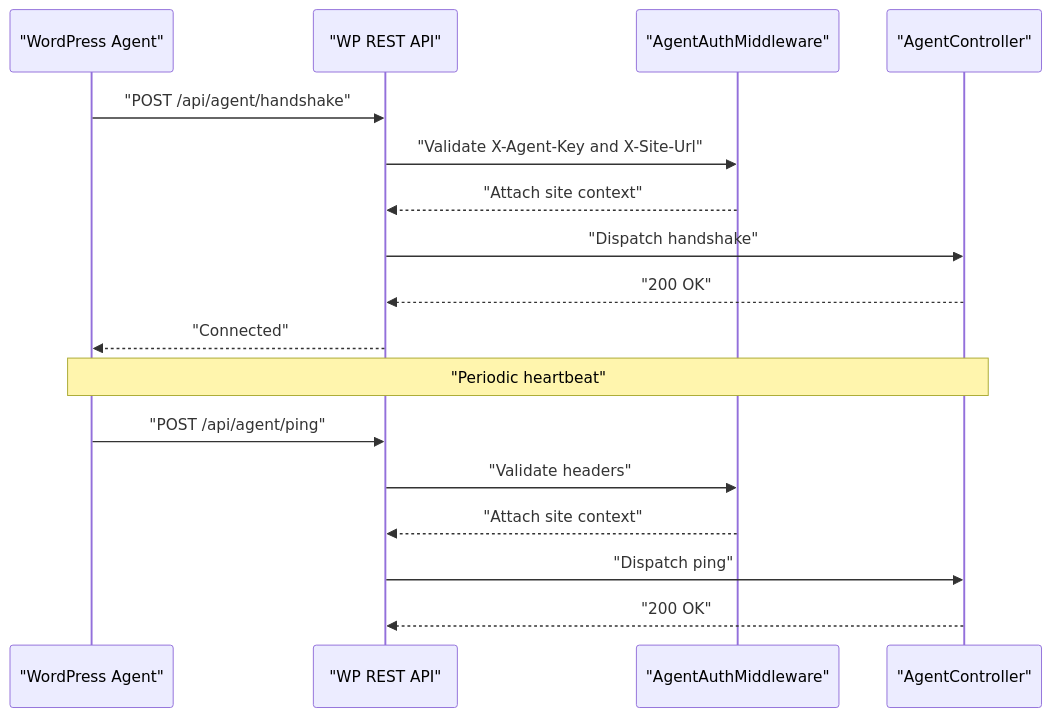
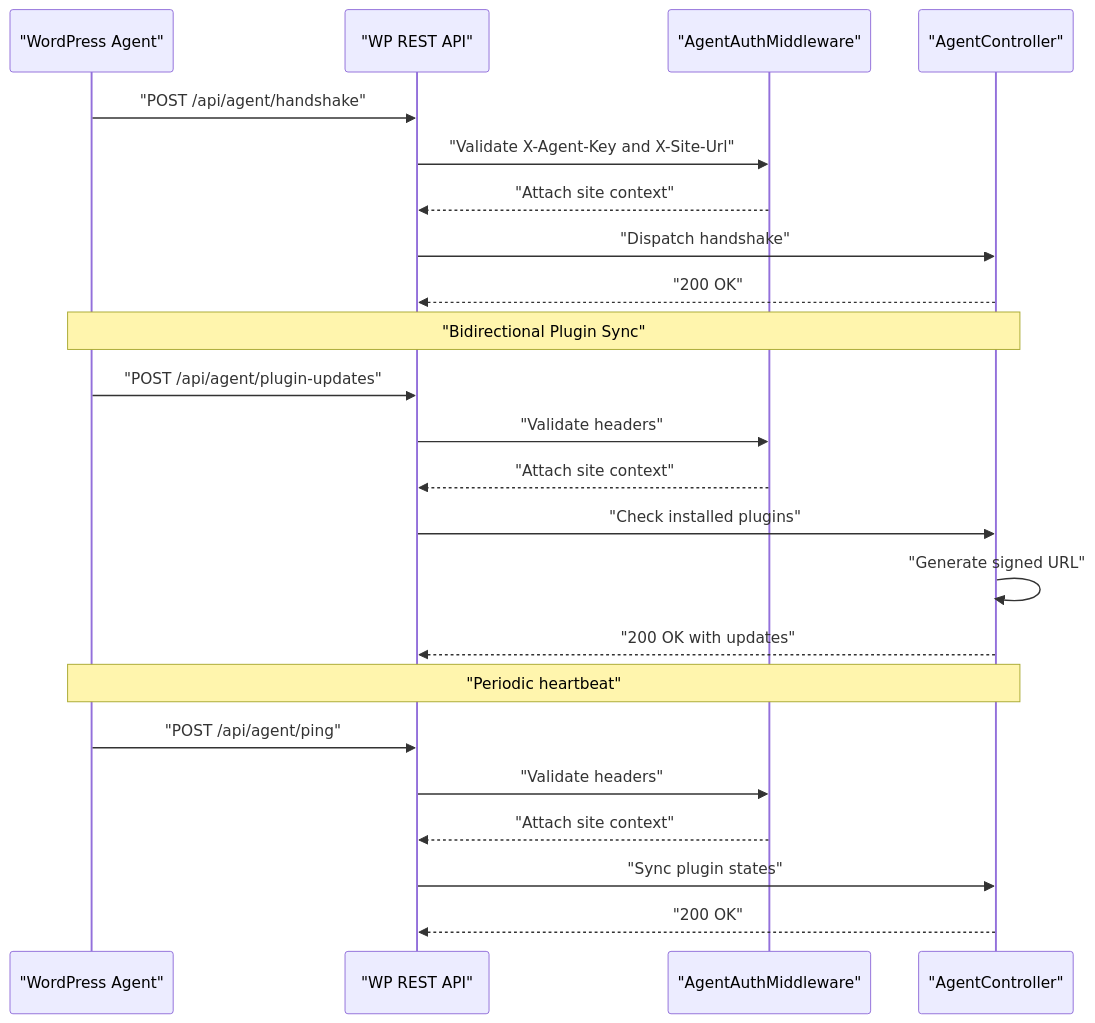
The second of 11 diagrams in .qoder/repowiki/en/content/WordPress Agent Integration/WordPress Agent Integration.md (FCS-WP/website_portal), drawn with Mermaid before and after one commit. The commit also changed other lines of this file and 89 other files, not shown here.

````diff
--- a/.qoder/repowiki/en/content/WordPress Agent Integration/WordPress Agent Integration.md
+++ b/.qoder/repowiki/en/content/WordPress Agent Integration/WordPress Agent Integration.md
@@ -108,19 +134,25 @@
 ```mermaid
 sequenceDiagram
 participant WP as "WordPress Agent"
 participant API as "WP REST API"
 participant MW as "AgentAuthMiddleware"
 participant CTRL as "AgentController"
 WP->>API : "POST /api/agent/handshake"
 API->>MW : "Validate X-Agent-Key and X-Site-Url"
 MW-->>API : "Attach site context"
 API->>CTRL : "Dispatch handshake"
 CTRL-->>API : "200 OK"
-API-->>WP : "Connected"
+Note over WP,CTRL : "Bidirectional Plugin Sync"
+WP->>API : "POST /api/agent/plugin-updates"
+API->>MW : "Validate headers"
+MW-->>API : "Attach site context"
+API->>CTRL : "Check installed plugins"
+CTRL->>CTRL : "Generate signed URL"
+CTRL-->>API : "200 OK with updates"
 Note over WP,CTRL : "Periodic heartbeat"
 WP->>API : "POST /api/agent/ping"
 API->>MW : "Validate headers"
 MW-->>API : "Attach site context"
-API->>CTRL : "Dispatch ping"
+API->>CTRL : "Sync plugin states"
 CTRL-->>API : "200 OK"
 ```
````
